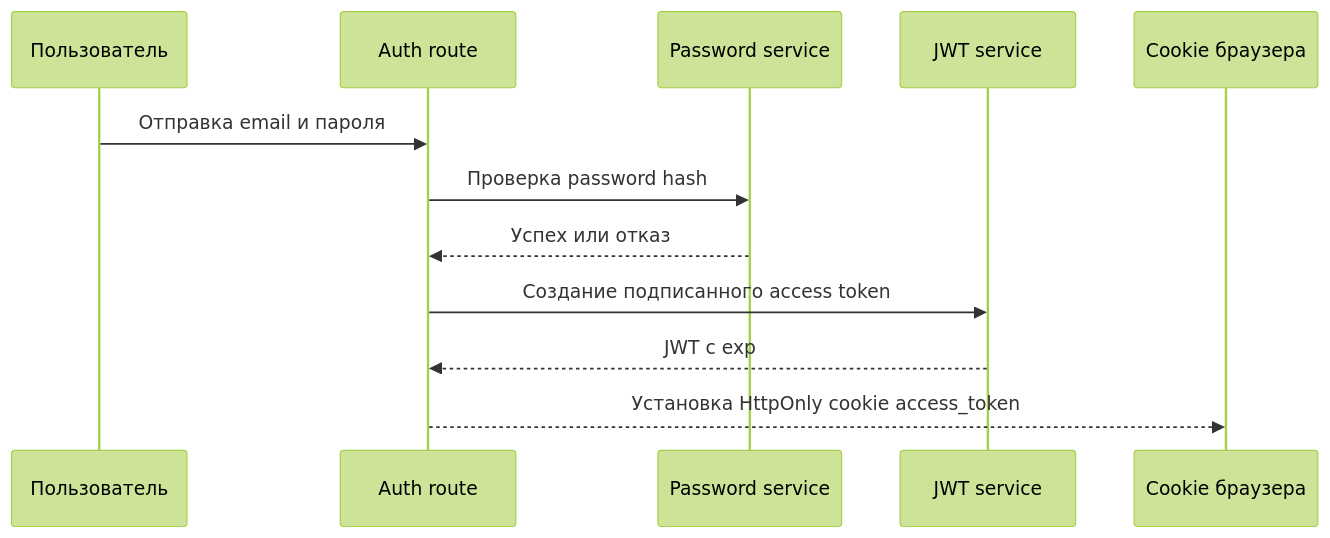
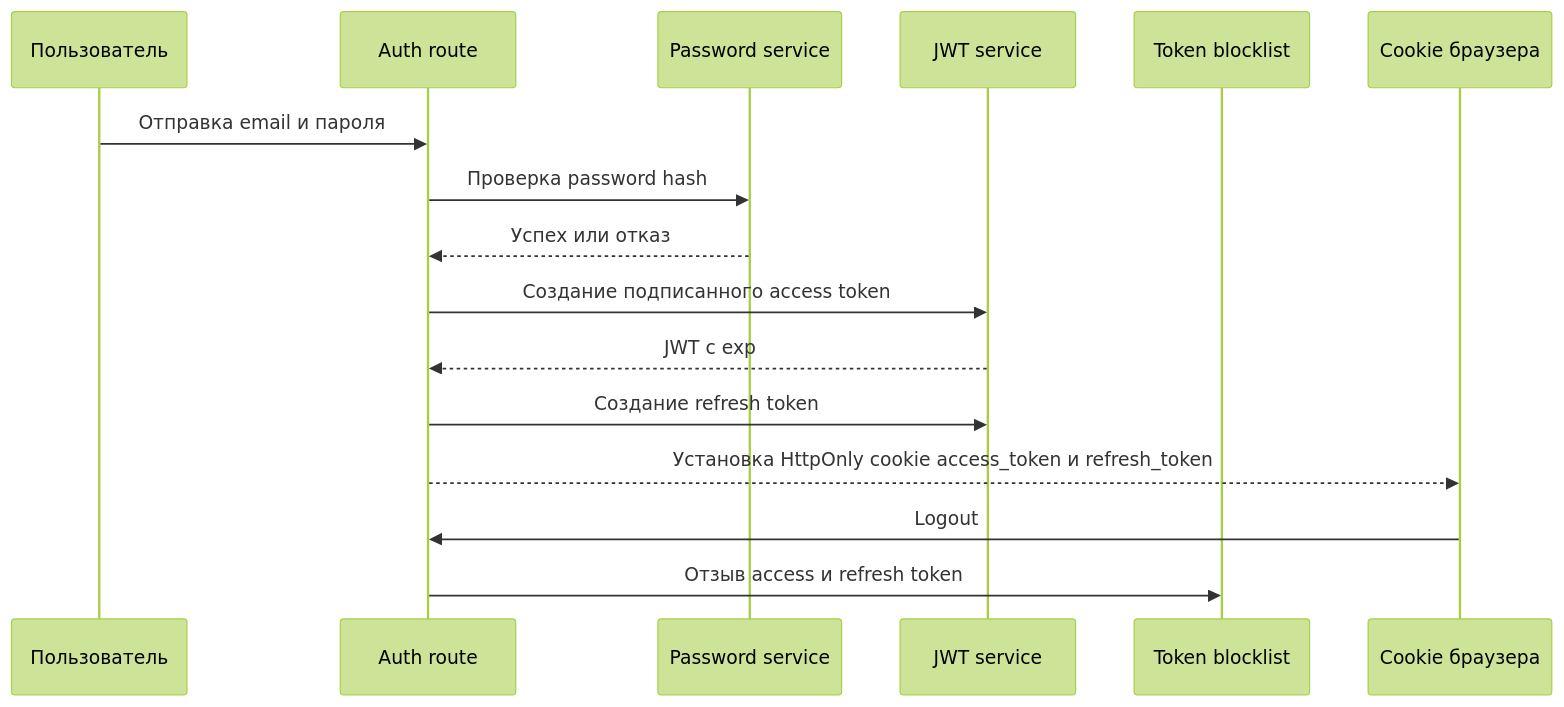
One commit to serega20112/Anime-Epic-Moments changed the diagram in docs/security/security.md. Above: the diagram before and after it, drawn with Mermaid (forest theme). The commit also changed other lines of this file and 27 other files, not shown here.

````diff
--- a/docs/security/security.md
+++ b/docs/security/security.md
@@ -39,15 +42,19 @@
 ```mermaid
 sequenceDiagram
     participant U as Пользователь
     participant A as Auth route
     participant P as Password service
     participant J as JWT service
+    participant B as Token blocklist
     participant C as Cookie браузера
 
     U->>A: Отправка email и пароля
     A->>P: Проверка password hash
     P-->>A: Успех или отказ
     A->>J: Создание подписанного access token
     J-->>A: JWT с exp
-    A-->>C: Установка HttpOnly cookie access_token
+    A->>J: Создание refresh token
+    A-->>C: Установка HttpOnly cookie access_token и refresh_token
+    C->>A: Logout
+    A->>B: Отзыв access и refresh token
 ```
````
